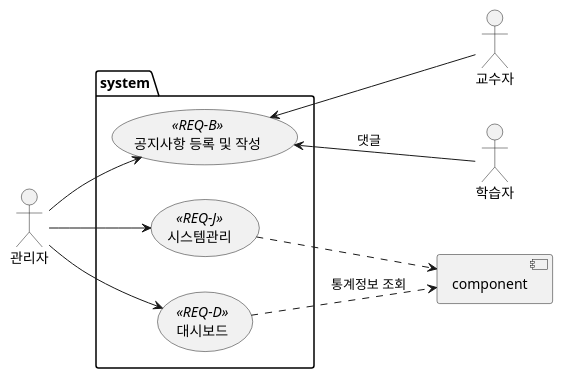
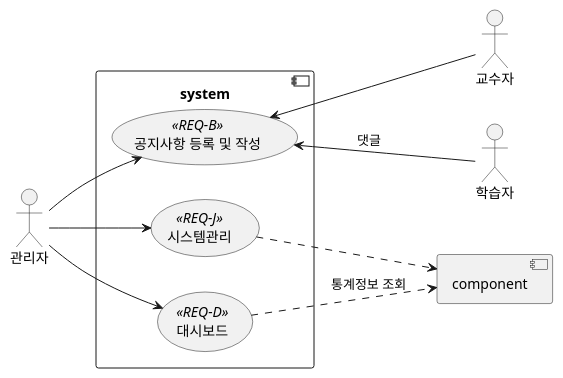
Before and after one commit to ohhoonim/lms: the fifth of 7 diagrams in README.md, drawn with PlantUML. The commit also changed other lines of this file and 15 other files, not shown here.

````diff
--- a/README.md
+++ b/README.md
@@ -109,22 +111,22 @@
 ```plantuml
 @startuml
 left to right direction
 :교수자: as professor
 :학습자: as student
 :관리자: as manager
-package system {
+component system {
     (시스템관리) as req_j <<REQ-J>>
     (공지사항 등록 및 작성) as req_b <<REQ-B>>
     (대시보드) as req_d <<REQ-D>>
 }
 
 req_j ..> [component]
 req_d ..> [component] : 통계정보 조회
 
 professor -up-> req_b
 student -up-> req_b : 댓글
 manager --> req_j
 manager --> req_d
 manager --> req_b
 @enduml
 ```
````
